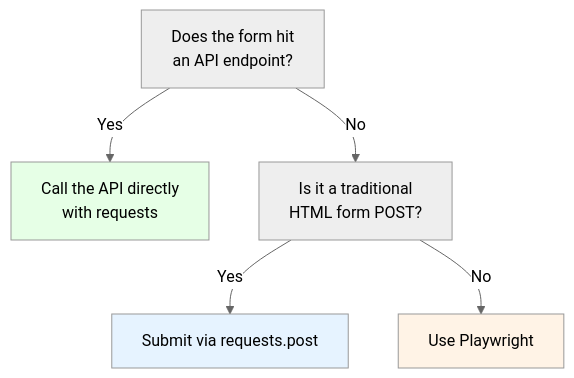
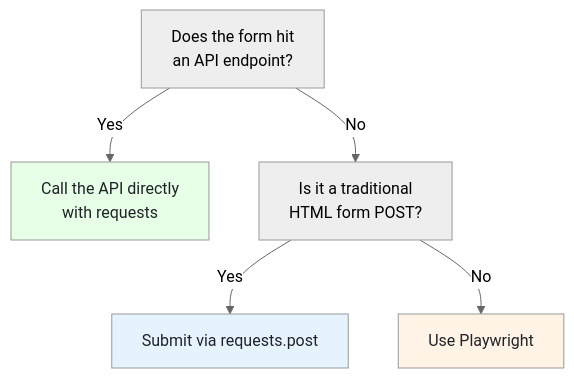
The fifth of 5 diagrams in _posts/2026-02-17-extracting-data-behind-forms-submitting-scraping-results.md (bytetunnels/bytetunnels.github.com), drawn with Mermaid (neutral theme) before and after one commit. The commit also changed other lines of this file and 118 other files, not shown here.

Commit message:
feat: improve diagram styling and compact wide flowcharts

````diff
--- a/_posts/2026-02-17-extracting-data-behind-forms-submitting-scraping-results.md
+++ b/_posts/2026-02-17-extracting-data-behind-forms-submitting-scraping-results.md
@@ -420,11 +420,11 @@
 ```mermaid
 flowchart TD
     A["Does the form hit<br>an API endpoint?"] -->|"Yes"| B["Call the API directly<br>with requests"]
     A -->|"No"| C["Is it a traditional<br>HTML form POST?"]
     C -->|"Yes"| D["Submit via requests.post"]
     C -->|"No"| E["Use Playwright"]
 
-    style B fill:#e6ffe6
-    style D fill:#e6f3ff
-    style E fill:#fff3e6
+    style B fill:#e6ffe6,color:#1f2328
+    style D fill:#e6f3ff,color:#1f2328
+    style E fill:#fff3e6,color:#1f2328
 ```
````
